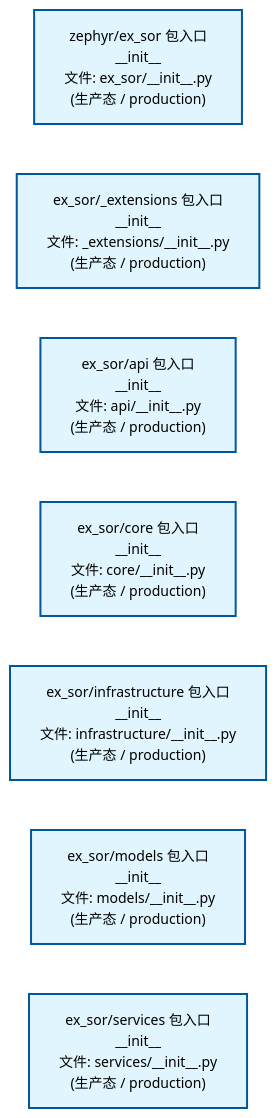
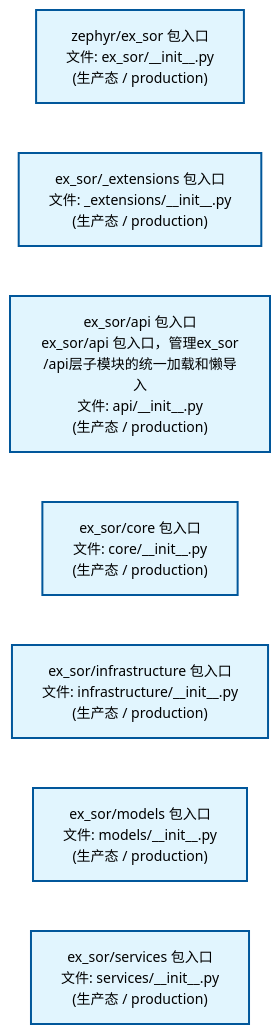
The second of 4 diagrams in docs/02_enterprise_architecture/02_domain_architecture_docs/45_d_ex_sor.md (xuanFelixVan/ZephyrAlpha), drawn with Mermaid before and after one commit. The commit also changed other lines of this file and 58 other files, not shown here.

````diff
--- a/docs/02_enterprise_architecture/02_domain_architecture_docs/45_d_ex_sor.md
+++ b/docs/02_enterprise_architecture/02_domain_architecture_docs/45_d_ex_sor.md
@@ -111,22 +111,22 @@
 ```mermaid
 %%{init: {'theme': 'base', 'themeVariables': {'primaryColor': '#eaeaea', 'primaryTextColor': '#333333', 'primaryBorderColor': '#666666', 'lineColor': '#666666', 'secondaryColor': '#eaeaea', 'tertiaryColor': '#eaeaea', 'fontSize': '14px'}}}%%
 flowchart TD
-    src_zephyr_ex_sor_init_py["zephyr/ex_sor 包入口<br/>__init__<br/>文件: ex_sor/__init__.py<br/>(生产态 / production)"]
-    src_zephyr_ex_sor_extensions_init_py["ex_sor/_extensions 包入口<br/>__init__<br/>文件: _extensions/__init__.py<br/>(生产态 / production)"]
-    src_zephyr_ex_sor_api_init_py["ex_sor/api 包入口<br/>__init__<br/>文件: api/__init__.py<br/>(生产态 / production)"]
-    src_zephyr_ex_sor_core_init_py["ex_sor/core 包入口<br/>__init__<br/>文件: core/__init__.py<br/>(生产态 / production)"]
-    src_zephyr_ex_sor_infrastructure_init_py["ex_sor/infrastructure 包入口<br/>__init__<br/>文件: infrastructure/__init__.py<br/>(生产态 / production)"]
-    src_zephyr_ex_sor_models_init_py["ex_sor/models 包入口<br/>__init__<br/>文件: models/__init__.py<br/>(生产态 / production)"]
-    src_zephyr_ex_sor_services_init_py["ex_sor/services 包入口<br/>__init__<br/>文件: services/__init__.py<br/>(生产态 / production)"]
+    src_zephyr_ex_sor_init_py["zephyr/ex_sor 包入口<br/>文件: ex_sor/__init__.py<br/>(生产态 / production)"]
+    src_zephyr_ex_sor_extensions_init_py["ex_sor/_extensions 包入口<br/>文件: _extensions/__init__.py<br/>(生产态 / production)"]
+    src_zephyr_ex_sor_api_init_py["ex_sor/api 包入口<br/>ex_sor/api 包入口，管理ex_sor<br/>/api层子模块的统一加载和懒导入<br/>文件: api/__init__.py<br/>(生产态 / production)"]
+    src_zephyr_ex_sor_core_init_py["ex_sor/core 包入口<br/>文件: core/__init__.py<br/>(生产态 / production)"]
+    src_zephyr_ex_sor_infrastructure_init_py["ex_sor/infrastructure 包入口<br/>文件: infrastructure/__init__.py<br/>(生产态 / production)"]
+    src_zephyr_ex_sor_models_init_py["ex_sor/models 包入口<br/>文件: models/__init__.py<br/>(生产态 / production)"]
+    src_zephyr_ex_sor_services_init_py["ex_sor/services 包入口<br/>文件: services/__init__.py<br/>(生产态 / production)"]
     src_zephyr_ex_sor_init_py ~~~ src_zephyr_ex_sor_extensions_init_py
     src_zephyr_ex_sor_extensions_init_py ~~~ src_zephyr_ex_sor_api_init_py
     src_zephyr_ex_sor_api_init_py ~~~ src_zephyr_ex_sor_core_init_py
     src_zephyr_ex_sor_core_init_py ~~~ src_zephyr_ex_sor_infrastructure_init_py
     src_zephyr_ex_sor_infrastructure_init_py ~~~ src_zephyr_ex_sor_models_init_py
     src_zephyr_ex_sor_models_init_py ~~~ src_zephyr_ex_sor_services_init_py
     classDef production fill:#e1f5fe,stroke:#01579b,stroke-width:2px,color:#000
     classDef design fill:#fff3e0,stroke:#e65100,stroke-width:2px,color:#000,stroke-dasharray: 5 5
     classDef external_prod fill:#e8f4fd,stroke:#0277bd,stroke-width:1px,color:#000
     classDef external_design fill:#fff8e7,stroke:#ef6c00,stroke-width:1px,color:#000,stroke-dasharray: 5 5
     class src_zephyr_ex_sor_init_py,src_zephyr_ex_sor_extensions_init_py,src_zephyr_ex_sor_api_init_py,src_zephyr_ex_sor_core_init_py,src_zephyr_ex_sor_infrastructure_init_py,src_zephyr_ex_sor_models_init_py,src_zephyr_ex_sor_services_init_py production
 ```
````
